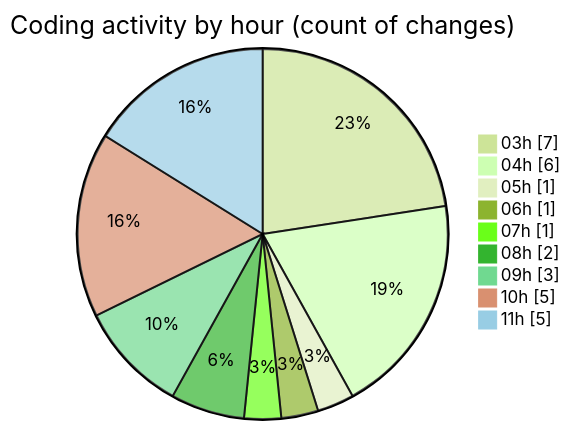
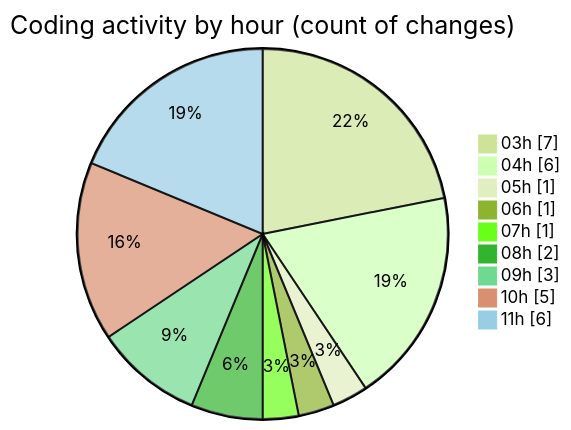
The second of 2 diagrams in 2025-07-02/cursor/README.md (FelipKnott/code-tracking), drawn with Mermaid (forest theme) before and after one commit. The commit also changed other lines of this file and 1 other file, not shown here.

````diff
--- a/2025-07-02/cursor/README.md
+++ b/2025-07-02/cursor/README.md
@@ -31,13 +31,13 @@
 ```mermaid
 pie showData
 title Coding activity by hour (count of changes)
 "03h" : 7
 "04h" : 6
 "05h" : 1
 "06h" : 1
 "07h" : 1
 "08h" : 2
 "09h" : 3
 "10h" : 5
-"11h" : 5
+"11h" : 6
 ```
````
